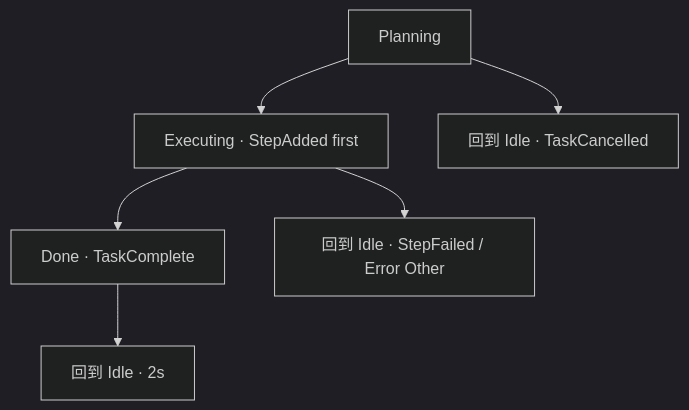
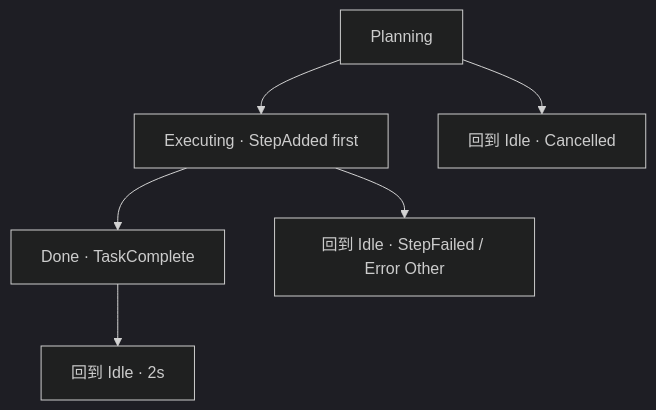
The fifth of 9 diagrams in book/25_chapter_protocol_zh.md (rust-infra/tact), drawn with Mermaid (dark theme) before and after one commit. The commit also changed other lines of this file and 8 other files, not shown here.

````diff
--- a/book/25_chapter_protocol_zh.md
+++ b/book/25_chapter_protocol_zh.md
@@ -229,8 +229,8 @@
 ```mermaid
 graph TD
     a_plan[Planning] --> b_exec[Executing · StepAdded first]
     b_exec --> c_done[Done · TaskComplete]
-    a_plan --> z_idle[回到 Idle · TaskCancelled]
+    a_plan --> z_idle[回到 Idle · Cancelled]
     b_exec --> y_idle[回到 Idle · StepFailed / Error Other]
     c_done --> x_idle[回到 Idle · 2s]
 ```
````
